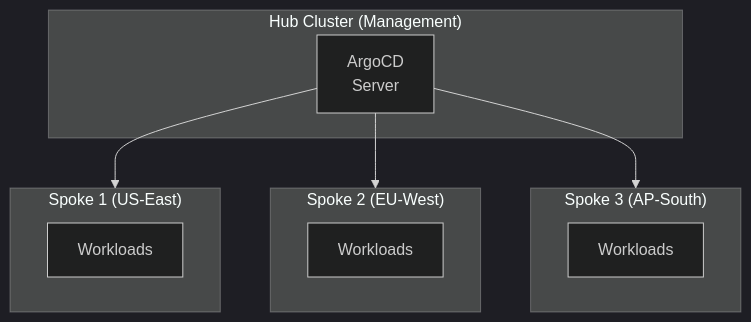
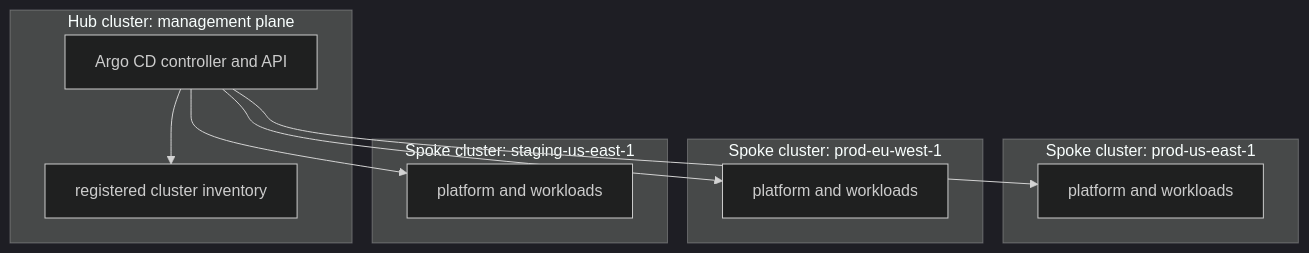
One commit to krisztiankoos/kubedojo changed the second of 6 diagrams in src/content/docs/platform/disciplines/delivery-automation/gitops/module-3.6-multi-cluster.md. Above: the diagram before and after it, drawn with Mermaid (dark theme). The commit also changed other lines of this file, not shown here.

First line of the commit message:
quality(rewrite): codex rewrite platform-disciplines-delivery-automation-gitops-module-3.6-multi-cluster (attempt 5afa1726fb60)

````diff
--- a/src/content/docs/platform/disciplines/delivery-automation/gitops/module-3.6-multi-cluster.md
+++ b/src/content/docs/platform/disciplines/delivery-automation/gitops/module-3.6-multi-cluster.md
@@ -660,22 +280,24 @@
 ```mermaid
-graph TD
-    subgraph Hub ["Hub Cluster (Management)"]
-        ArgoCD["ArgoCD<br>Server"]
+flowchart TD
+    subgraph Hub["Hub cluster: management plane"]
+        Argo["Argo CD controller and API"]
+        Inventory["registered cluster inventory"]
+        Argo --> Inventory
     end
-    
-    subgraph Spoke1 ["Spoke 1 (US-East)"]
-        W1["Workloads"]
+
+    subgraph US["Spoke cluster: prod-us-east-1"]
+        USWorkloads["platform and workloads"]
     end
-    
-    subgraph Spoke2 ["Spoke 2 (EU-West)"]
-        W2["Workloads"]
+
+    subgraph EU["Spoke cluster: prod-eu-west-1"]
+        EUWorkloads["platform and workloads"]
     end
-    
-    subgraph Spoke3 ["Spoke 3 (AP-South)"]
-        W3["Workloads"]
+
+    subgraph STG["Spoke cluster: staging-us-east-1"]
+        STGWorkloads["platform and workloads"]
     end
-    
-    ArgoCD --> Spoke1
-    ArgoCD --> Spoke2
-    ArgoCD --> Spoke3
+
+    Argo --> USWorkloads
+    Argo --> EUWorkloads
+    Argo --> STGWorkloads
 ```
````
